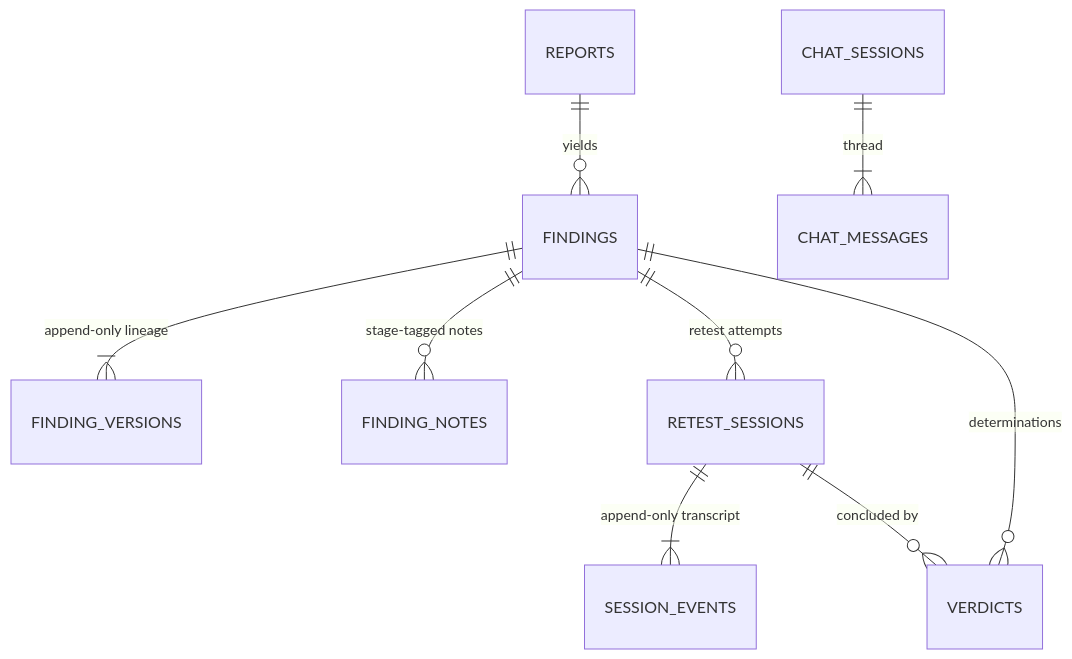
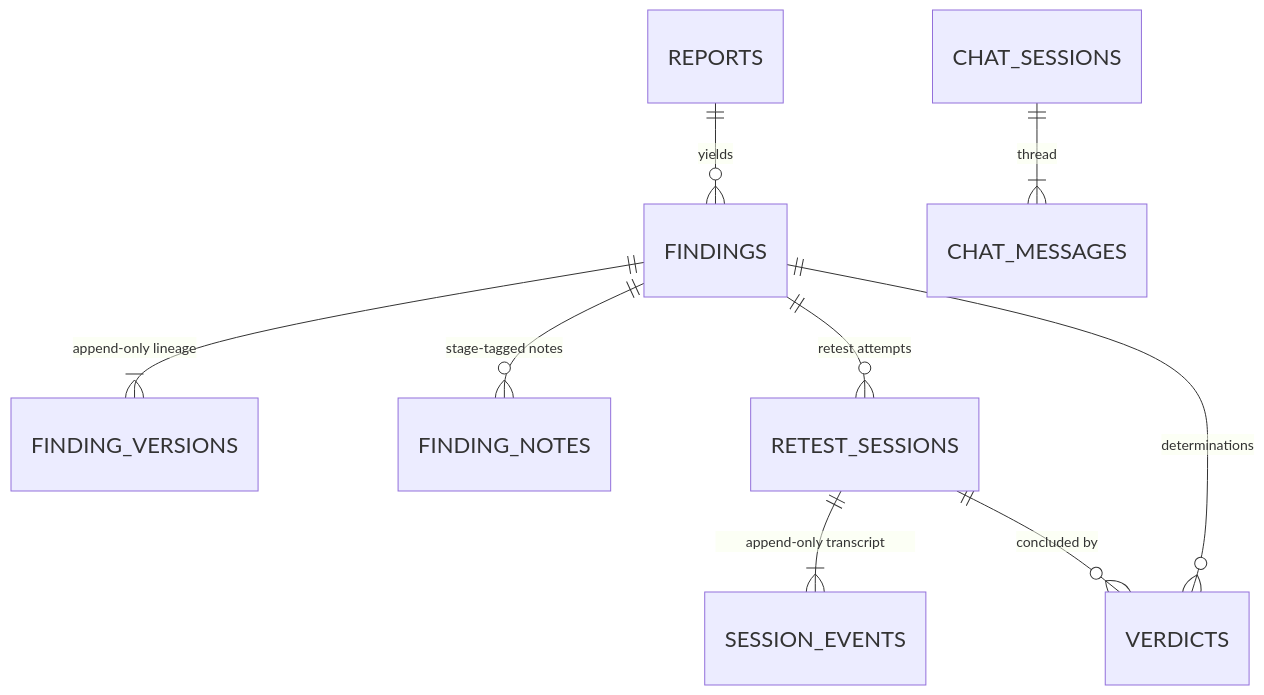
The first of 6 diagrams in docs/architecture/data-model.md (SelfishCoconut/revalid), drawn with Mermaid before and after one commit. The commit also changed 30 other files, not shown here.

````diff
--- a/docs/architecture/data-model.md
+++ b/docs/architecture/data-model.md
@@ -21,11 +21,12 @@
 ```mermaid
+%%{init: {"er": {"useMaxWidth": false}, "themeVariables": {"fontSize": "22px"}}}%%
 erDiagram
     REPORTS ||--o{ FINDINGS : "yields"
     FINDINGS ||--|{ FINDING_VERSIONS : "append-only lineage"
     FINDINGS ||--o{ FINDING_NOTES : "stage-tagged notes"
     FINDINGS ||--o{ RETEST_SESSIONS : "retest attempts"
     FINDINGS ||--o{ VERDICTS : "determinations"
     RETEST_SESSIONS ||--|{ SESSION_EVENTS : "append-only transcript"
     RETEST_SESSIONS ||--o{ VERDICTS : "concluded by"
     CHAT_SESSIONS ||--|{ CHAT_MESSAGES : "thread"
 ```
````
